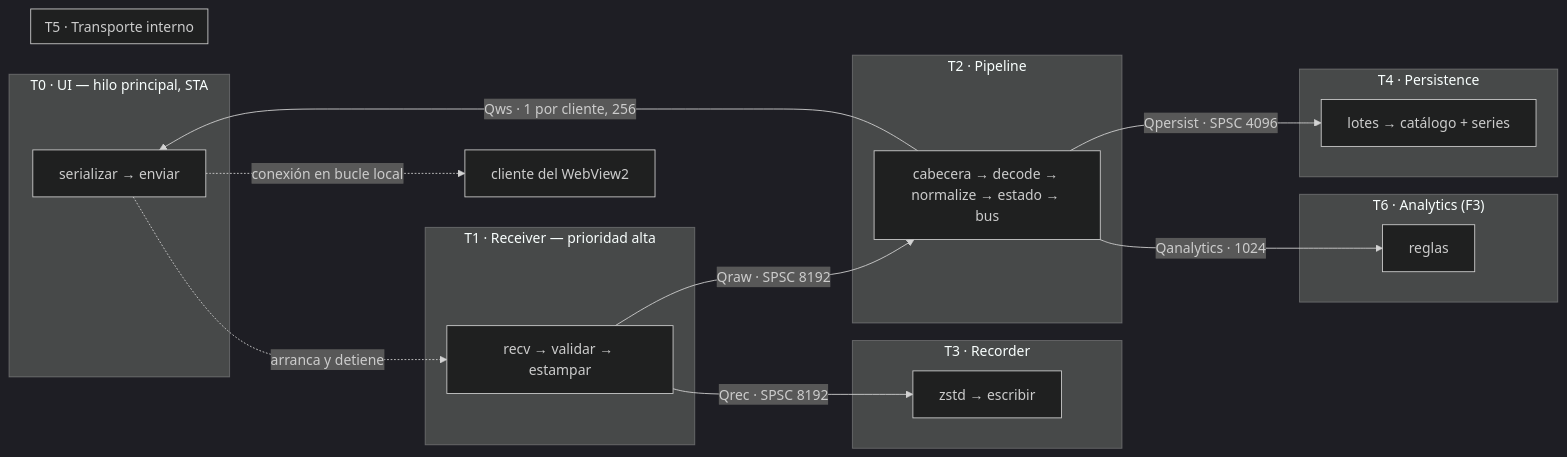
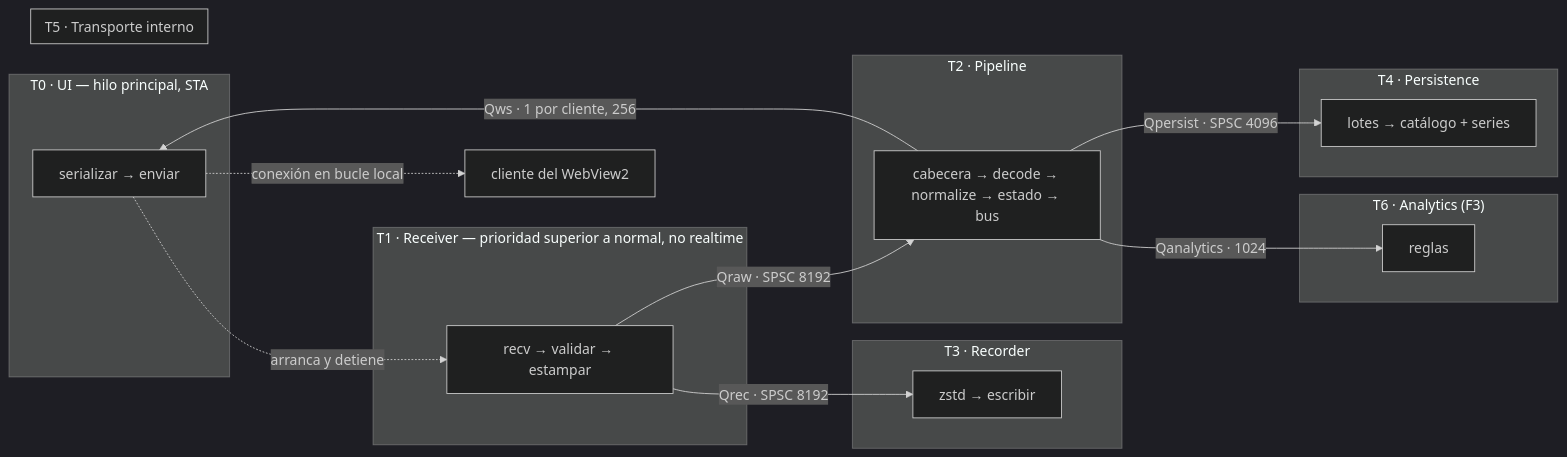
Before and after one commit to Luisbloom/pitwall: the second of 4 diagrams in docs/04-ARCHITECTURE.md, drawn with Mermaid (dark theme). The commit also changed other lines of this file and 26 other files, not shown here.

````diff
--- a/docs/04-ARCHITECTURE.md
+++ b/docs/04-ARCHITECTURE.md
@@ -310,32 +311,32 @@
 ```mermaid
 graph LR
     subgraph T0["T0 · UI — hilo principal, STA"]
         W["ventana Win32 + WebView2"]
     end
-    subgraph T1["T1 · Receiver — prioridad alta"]
+    subgraph T1["T1 · Receiver — prioridad superior a normal, no realtime"]
         R["recv → validar → estampar"]
     end
     subgraph T3["T3 · Recorder"]
         RC["zstd → escribir"]
     end
     subgraph T2["T2 · Pipeline"]
         P["cabecera → decode → normalize → estado → bus"]
     end
     subgraph T4["T4 · Persistence"]
         PW["lotes → catálogo + series"]
     end
     subgraph T5["T5 · Transporte interno"]
         W["serializar → enviar"]
     end
     subgraph T6["T6 · Analytics (F3)"]
         A["reglas"]
     end
 
     R -->|"Qraw · SPSC 8192"| P
     R -->|"Qrec · SPSC 8192"| RC
     P -->|"Qpersist · SPSC 4096"| PW
     P -->|"Qws · 1 por cliente, 256"| W
     P -->|"Qanalytics · 1024"| A
     W -.->|"conexión en bucle local"| WSC["cliente del WebView2"]
     W -.->|"arranca y detiene"| R
 ```
````
